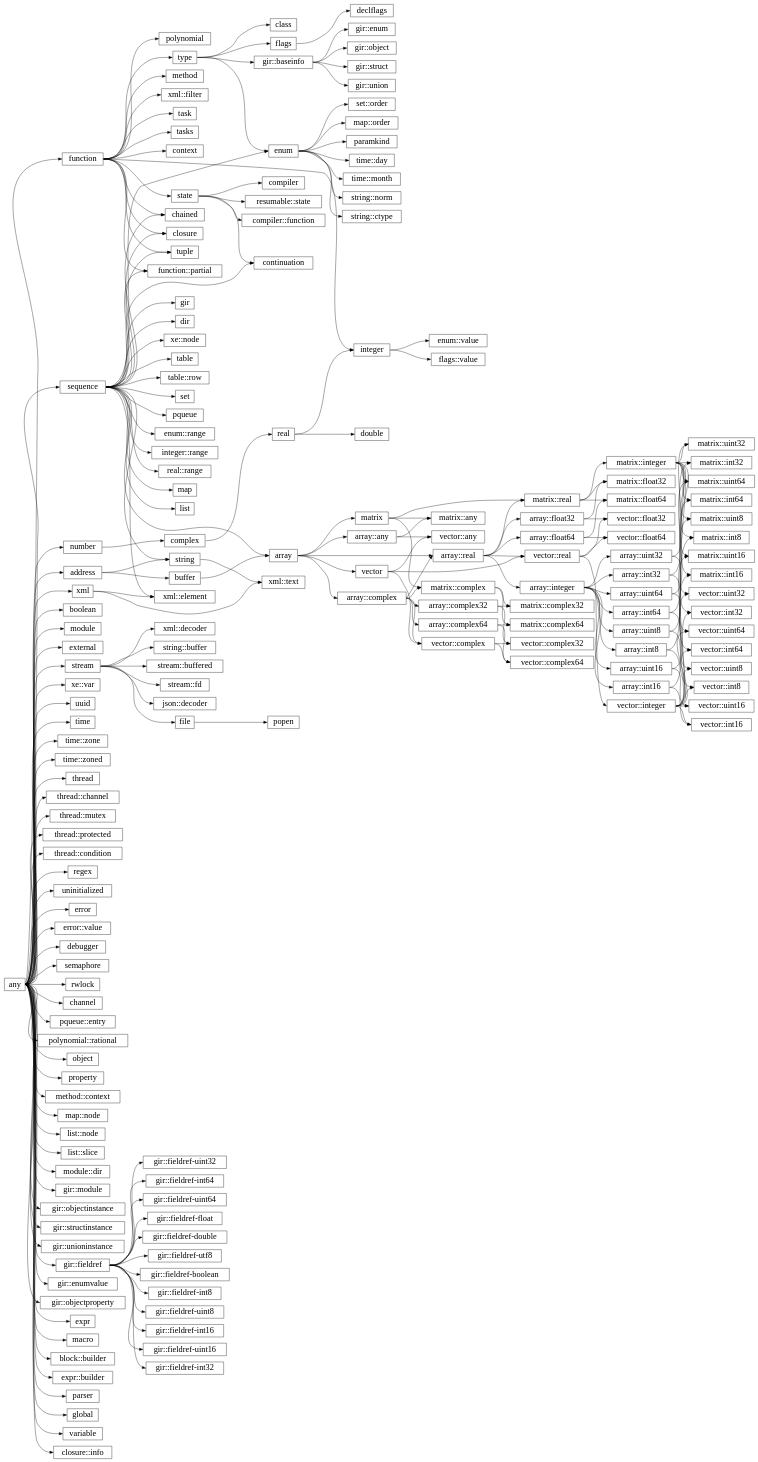
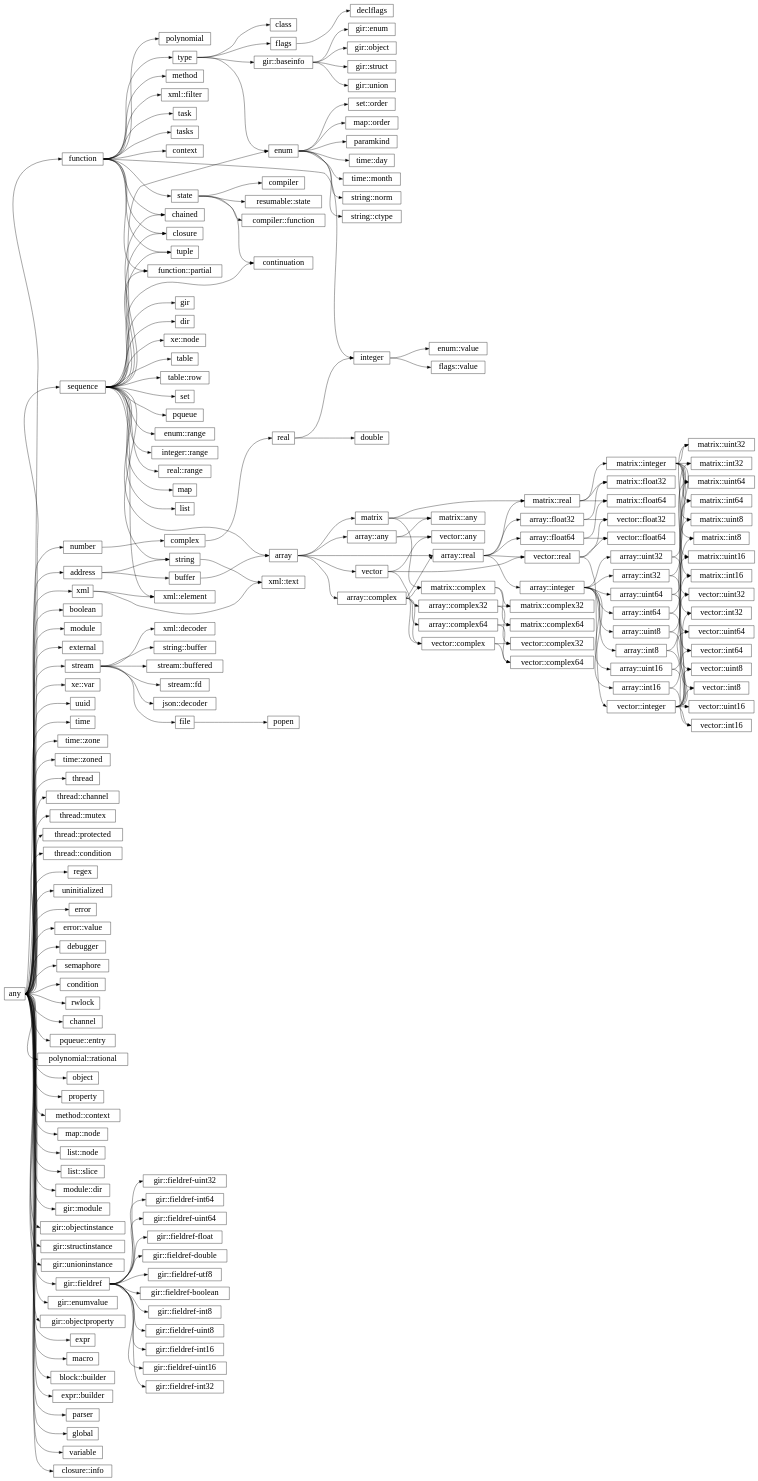
One commit to wrapl/minilang changed the diagram in docs/library/hierarchy.rst. Above: the diagram before and after it, drawn with Graphviz. The commit also changed 10 other files, not shown here.

```diff
--- a/docs/library/hierarchy.rst
+++ b/docs/library/hierarchy.rst
@@ -69,6 +69,7 @@
       "any":e -> "error::value":w;
       "any":e -> "debugger":w;
       "any":e -> "semaphore":w;
+      "any":e -> "condition":w;
       "any":e -> "rwlock":w;
       "any":e -> "channel":w;
       "any":e -> "pqueue::entry":w;
```
